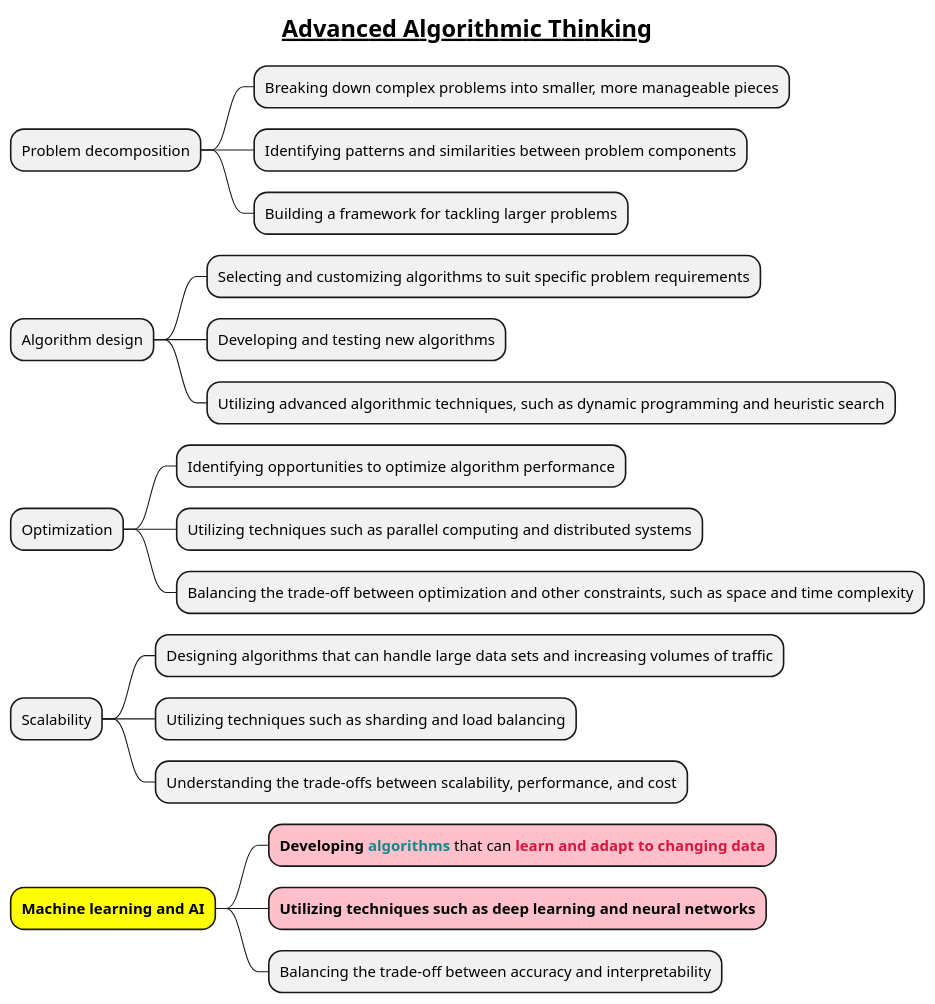
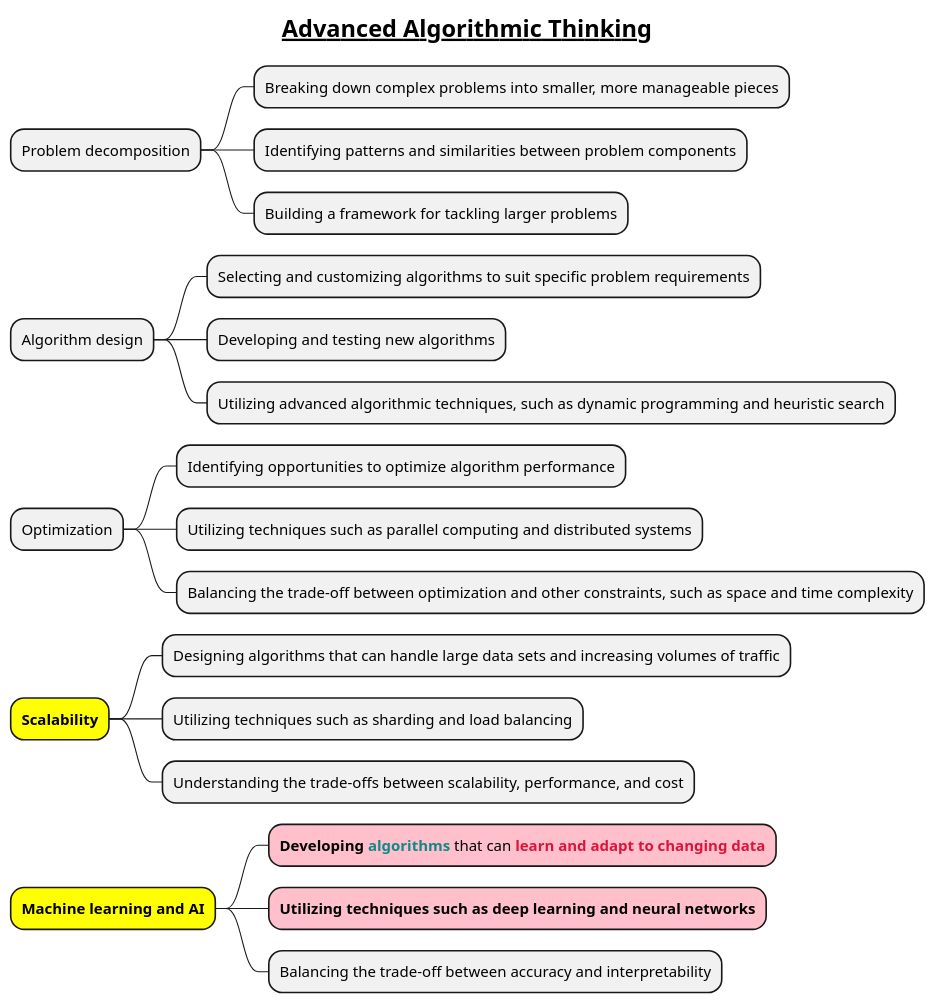
One commit to MehmoodHashmi/Documentation-as-Code-DaC changed the diagram in docs/Requirement-Engineering/Advanced-Algorithmic-Thinking.puml. Above: the diagram before and after it, drawn with PlantUML. The commit also changed 9 other files, not shown here.

Commit message:
working on Algorithms.puml mindmap

```diff
--- a/docs/Requirement-Engineering/Advanced-Algorithmic-Thinking.puml
+++ b/docs/Requirement-Engineering/Advanced-Algorithmic-Thinking.puml
@@ -1,29 +1,29 @@
 @startmindmap
 title = __Advanced Algorithmic Thinking__
 
 * Problem decomposition
 ** Breaking down complex problems into smaller, more manageable pieces
 ** Identifying patterns and similarities between problem components
 ** Building a framework for tackling larger problems
 
 * Algorithm design
 ** Selecting and customizing algorithms to suit specific problem requirements
 ** Developing and testing new algorithms
 ** Utilizing advanced algorithmic techniques, such as dynamic programming and heuristic search
 
 * Optimization
 ** Identifying opportunities to optimize algorithm performance
 ** Utilizing techniques such as parallel computing and distributed systems
 ** Balancing the trade-off between optimization and other constraints, such as space and time complexity
 
-* Scalability
+*[#yellow] **Scalability**
 ** Designing algorithms that can handle large data sets and increasing volumes of traffic
 ** Utilizing techniques such as sharding and load balancing
 ** Understanding the trade-offs between scalability, performance, and cost
 
 *[#yellow] **Machine learning and AI**
 **[#pink] **Developing** <color #118888>**algorithms**</color> that can <color #crimson>**learn and adapt to changing data**</color>
 **[#pink] **Utilizing techniques such as deep learning and neural networks**
 ** Balancing the trade-off between accuracy and interpretability
 
 @endmindmap
```
